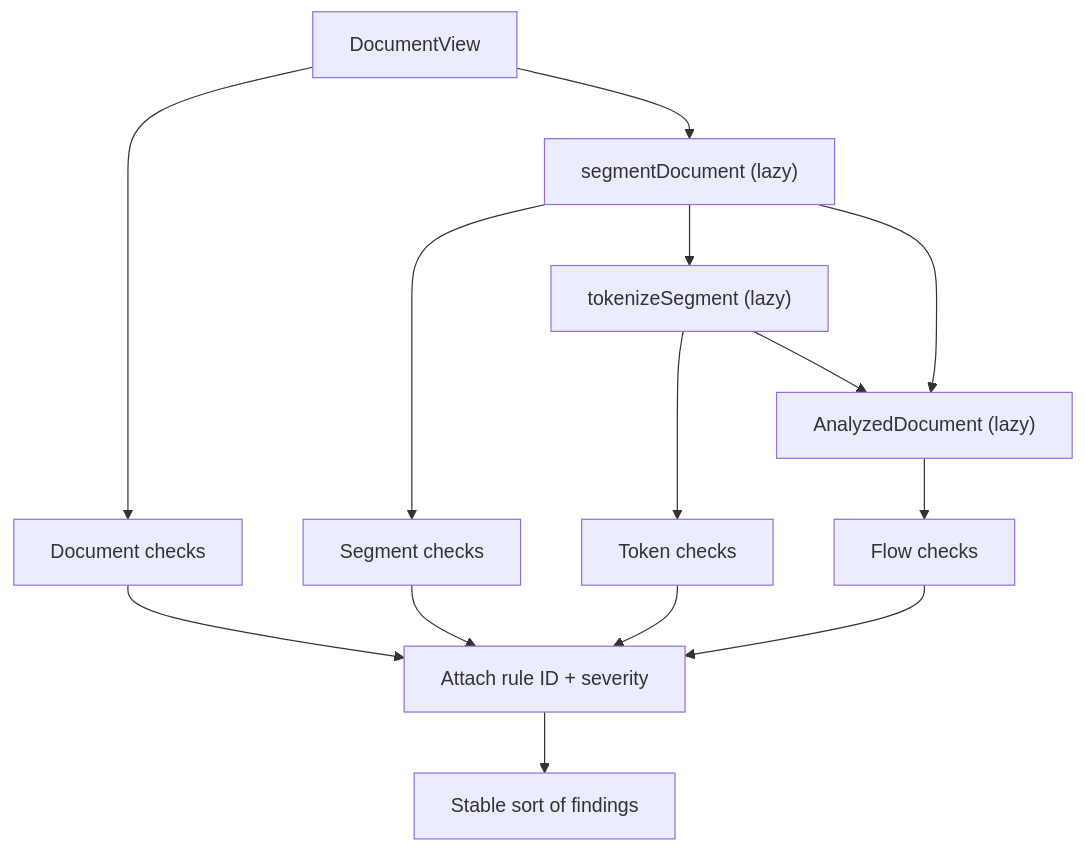
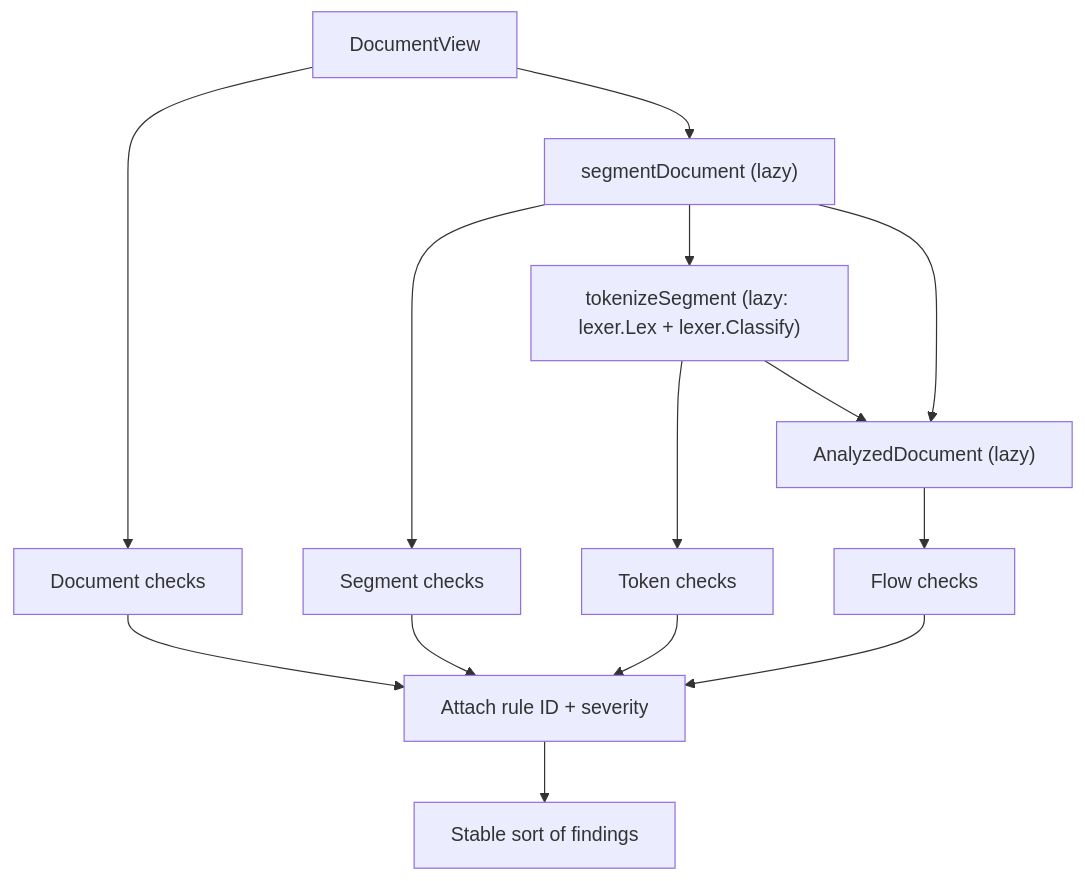
Before and after one commit to CunningFatalist/promptinel: the second of 2 diagrams in docs/Architecture.md, drawn with Mermaid. The commit also changed other lines of this file and 19 other files, not shown here.

````diff
--- a/docs/Architecture.md
+++ b/docs/Architecture.md
@@ -71,16 +79,16 @@
 ```mermaid
 flowchart TD
     A["DocumentView"] --> B["Document checks"]
     A --> C["segmentDocument (lazy)"]
     C --> D["Segment checks"]
-    C --> E["tokenizeSegment (lazy)"]
+    C --> E["tokenizeSegment (lazy: lexer.Lex + lexer.Classify)"]
     E --> F["Token checks"]
     C --> G["AnalyzedDocument (lazy)"]
     E --> G
     G --> H["Flow checks"]
     B --> I["Attach rule ID + severity"]
     D --> I
     F --> I
     H --> I
     I --> J["Stable sort of findings"]
 ```
````
